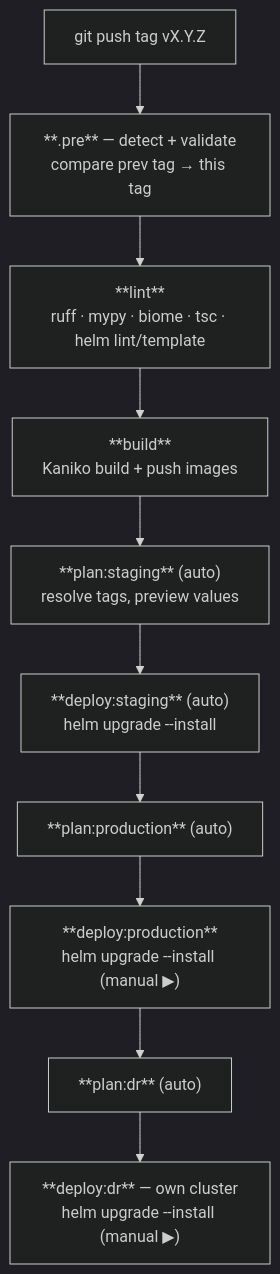
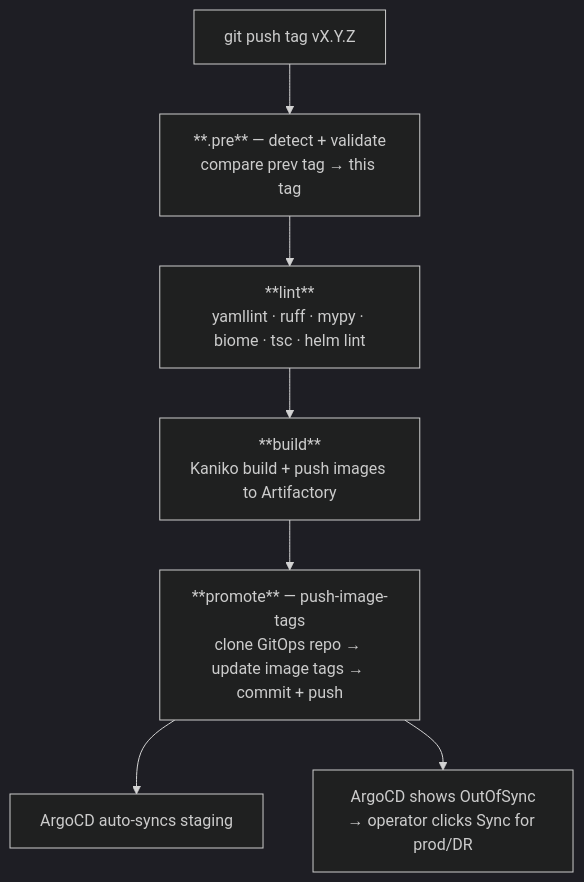
One commit to idokuli/Zabbix_Portal changed the fourth of 7 diagrams in WORKFLOW.md. Above: the diagram before and after it, drawn with Mermaid (dark theme). The commit also changed other lines of this file and 186 other files, not shown here.

````diff
--- a/WORKFLOW.md
+++ b/WORKFLOW.md
@@ -159,12 +155,9 @@
 ```mermaid
 flowchart TD
     Tag["git push tag vX.Y.Z"] --> Pre["**.pre** — detect + validate\ncompare prev tag → this tag"]
-    Pre --> Lint["**lint**\nruff · mypy · biome · tsc · helm lint/template"]
-    Lint --> Build["**build**\nKaniko build + push images"]
-    Build --> PlanStaging["**plan:staging** (auto)\nresolve tags, preview values"]
-    PlanStaging --> Staging["**deploy:staging** (auto)\nhelm upgrade --install"]
-    Staging --> PlanProd["**plan:production** (auto)"]
-    PlanProd --> Production["**deploy:production**\nhelm upgrade --install (manual ▶)"]
-    Production --> PlanDR["**plan:dr** (auto)"]
-    PlanDR --> DR["**deploy:dr** — own cluster\nhelm upgrade --install (manual ▶)"]
+    Pre --> Lint["**lint**\nyamllint · ruff · mypy · biome · tsc · helm lint"]
+    Lint --> Build["**build**\nKaniko build + push images to Artifactory"]
+    Build --> Promote["**promote** — push-image-tags\nclone GitOps repo → update image tags → commit + push"]
+    Promote --> ArgoStaging["ArgoCD auto-syncs staging"]
+    Promote --> ArgoProd["ArgoCD shows OutOfSync\n→ operator clicks Sync for prod/DR"]
 ```
````
